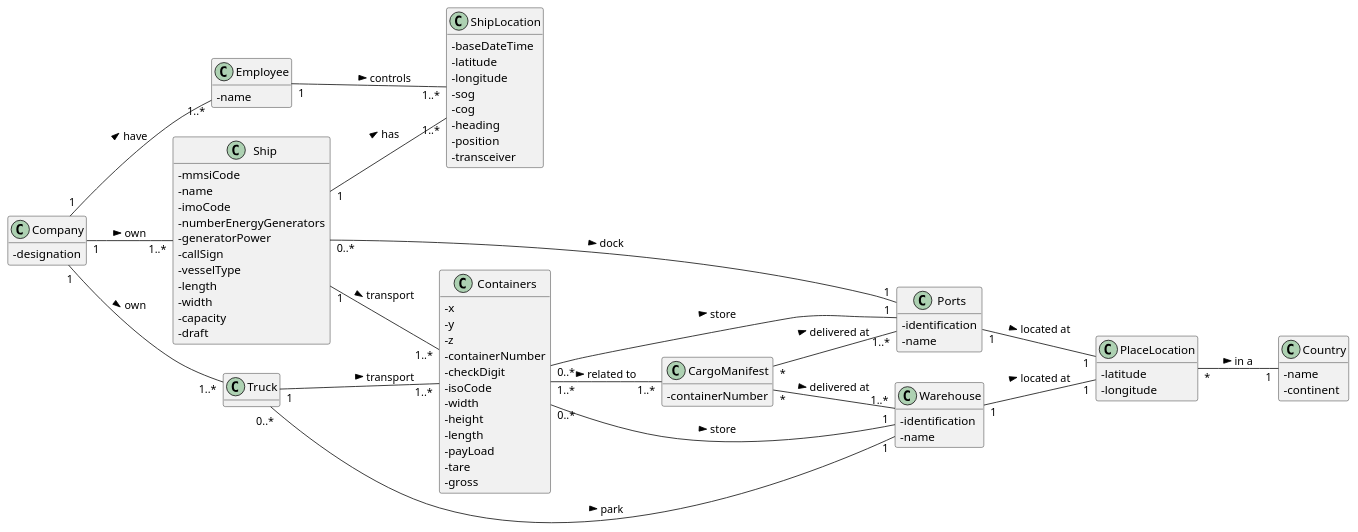
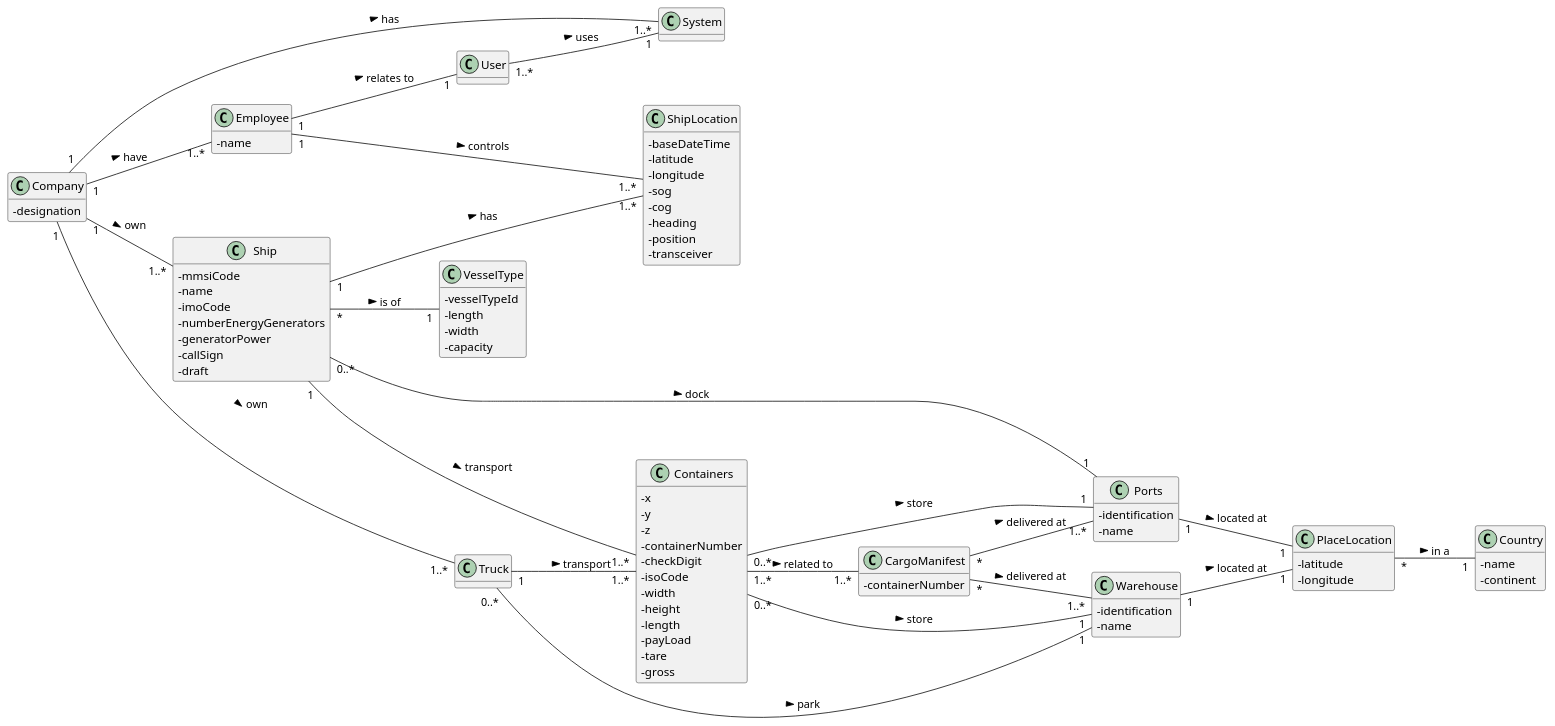
One commit to 0franciscor/lapr3-2021-g042 changed the diagram in docs/DM.puml. Above: the diagram before and after it, drawn with PlantUML. The commit also changed 2 other files, not shown here.

```diff
--- a/docs/DM.puml
+++ b/docs/DM.puml
@@ -1,114 +1,122 @@
 @startuml
 'https://plantuml.com/class-diagram
 
 hide methods
 left to right direction
 skinparam classAttributeIconSize 0
 
 class Company {
 -designation
 }
 
 class Employee {
 -name
 }
 
 class Containers {
 -x
 -y
 -z
 -containerNumber
 -checkDigit
 -isoCode
 -width
 -height
 -length
 -payLoad
 -tare
 -gross
 }
 
 class CargoManifest {
 -containerNumber
 }
 
 class Ship {
 -mmsiCode
 -name
 -imoCode
 -numberEnergyGenerators
 -generatorPower
 -callSign
--vesselType
+-draft
+}
+
+class VesselType {
+-vesselTypeId
 -length
 -width
 -capacity
--draft
 }
 
 class Ports {
 -identification
 -name
 }
 
 class Truck {
 
 }
 
 class Warehouse {
 -identification
 -name
 }
 
 class Country {
 -name
 -continent
 }
 
 class PlaceLocation {
 -latitude
 -longitude
 }
 
 class ShipLocation {
 -baseDateTime
 -latitude
 -longitude
 -sog
 -cog
 -heading
 -position
 -transceiver
 }
 
 CargoManifest "*" -- "1..*" Ports : delivered at >
 CargoManifest "*" -- "1..*" Warehouse : delivered at >
 
 Company "1"--"1..*" Ship: own >
+Company "1" -- "1..*" System : has >
 Company "1"--"1..*" Employee: have >
 Company "1"--"1..*" Truck: own >
 
 Containers "1..*"--"1..*" CargoManifest: related to >
 Containers "0..*"--"1" Ports: store >
 Containers "0..*"--"1" Warehouse: store >
 
 PlaceLocation "*" -- "1" Country : in a >
 
 Ports "1" -- "1" PlaceLocation : located at >
 
-Ship "1"--"1..*" Containers : transport >
+Ship "1"---"1..*" Containers : transport >
 Ship "0..*"--"1" Ports: dock >
 Ship "1" -- "1..*" ShipLocation : has >
+Ship "*" -- "1" VesselType : is of >
 
-Employee "1" -- "1..*" ShipLocation : controls >
+Employee "1" --- "1..*" ShipLocation : controls >
+Employee "1" -- "1" User : relates to >
 
 Truck "1"--"1..*" Containers : transport >
 Truck "0..*"--"1" Warehouse: park >
+
+User "1..*" -- "1" System : uses >
 
 Warehouse "1" -- "1" PlaceLocation : located at >
 
 
 
 
 
 @enduml
```
